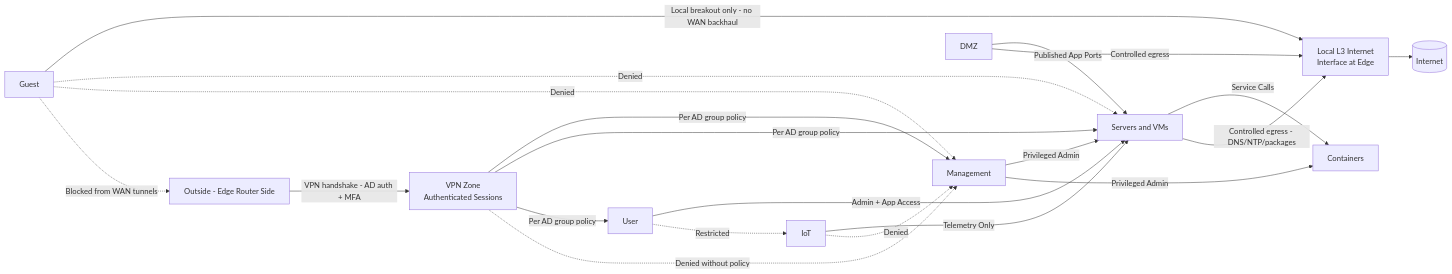
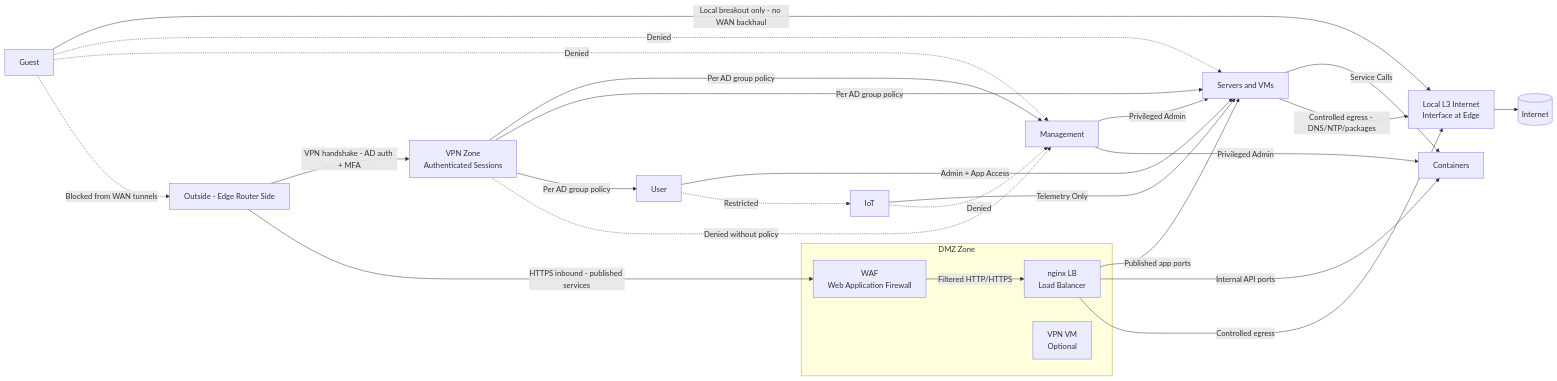
The diagram in network-spanned-dc/docs/03_diagrams/segmentation.mmd.md (pancakesaregood/distributed-dc), drawn with Mermaid before and after one commit. The commit also changed 6 other files, not shown here.

````diff
--- a/network-spanned-dc/docs/03_diagrams/segmentation.mmd.md
+++ b/network-spanned-dc/docs/03_diagrams/segmentation.mmd.md
@@ -5,37 +5,46 @@
 ```mermaid
 graph LR
   OUTSIDE["Outside - Edge Router Side"]
   VPN["VPN Zone<br/>Authenticated Sessions"]
   MGMT[Management]
   SRV[Servers and VMs]
   CTR[Containers]
   USR[User]
   IOT[IoT]
   GST[Guest]
-  DMZ[DMZ]
   INT[(Internet)]
   L3OUT["Local L3 Internet<br/>Interface at Edge"]
 
+  subgraph DMZ[DMZ Zone]
+    WAF["WAF<br/>Web Application Firewall"]
+    LB["nginx LB<br/>Load Balancer"]
+    VPNVM["VPN VM<br/>Optional"]
+  end
+
   OUTSIDE -->|VPN handshake - AD auth + MFA| VPN
+  OUTSIDE -->|HTTPS inbound - published services| WAF
   VPN -->|Per AD group policy| MGMT
   VPN -->|Per AD group policy| SRV
   VPN -->|Per AD group policy| USR
 
+  WAF -->|Filtered HTTP/HTTPS| LB
+  LB -->|Published app ports| SRV
+  LB -->|Internal API ports| CTR
+
   USR -->|Admin + App Access| SRV
   SRV -->|Service Calls| CTR
-  DMZ -->|Published App Ports| SRV
   MGMT -->|Privileged Admin| SRV
   MGMT -->|Privileged Admin| CTR
   IOT -->|Telemetry Only| SRV
   GST -->|Local breakout only - no WAN backhaul| L3OUT
   L3OUT --> INT
   SRV -->|Controlled egress - DNS/NTP/packages| L3OUT
-  DMZ -->|Controlled egress| L3OUT
+  LB -->|Controlled egress| L3OUT
 
   GST -.Denied.-> SRV
   GST -.Denied.-> MGMT
   GST -.Blocked from WAN tunnels.-> OUTSIDE
   IOT -.Denied.-> MGMT
   USR -.Restricted.-> IOT
   VPN -.Denied without policy.-> MGMT
 ```
````
